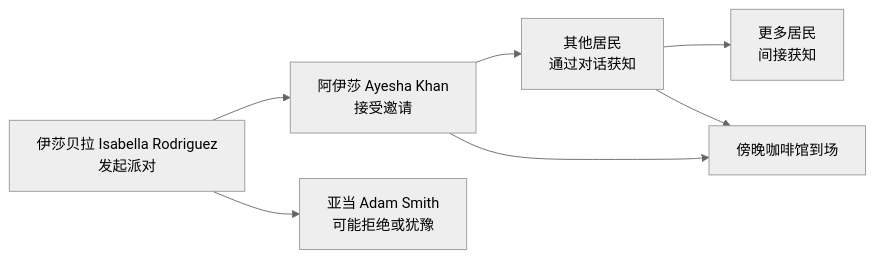
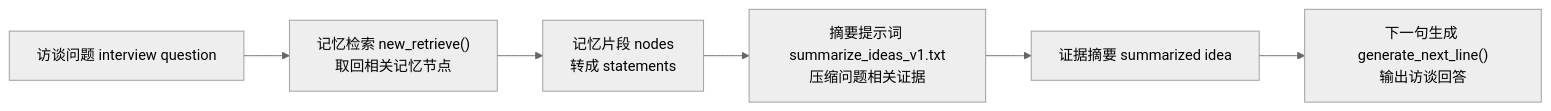
The third of 3 diagrams in docs/book/manuscript/part_01/chapter_11.md (tbkken/GenerativeAgentsCN), drawn with Mermaid (neutral theme) before and after one commit. The commit also changed other lines of this file and 16 other files, not shown here.

````diff
--- a/docs/book/manuscript/part_01/chapter_11.md
+++ b/docs/book/manuscript/part_01/chapter_11.md
@@ -440,9 +120,8 @@
 ```mermaid
 flowchart LR
-    Isabella["伊莎贝拉 Isabella Rodriguez<br/>发起派对"] --> Ayesha["阿伊莎 Ayesha Khan<br/>接受邀请"]
-    Isabella --> Adam["亚当 Adam Smith<br/>可能拒绝或犹豫"]
-    Ayesha --> Friend1["其他居民<br/>通过对话获知"]
-    Friend1 --> Friend2["更多居民<br/>间接获知"]
-    Ayesha --> Cafe["傍晚咖啡馆到场"]
-    Friend1 --> Cafe
+    Q["访谈问题 interview question"] --> R["记忆检索 new_retrieve()<br/>取回相关记忆节点"]
+    R --> N["记忆片段 nodes<br/>转成 statements"]
+    N --> P["摘要提示词 summarize_ideas_v1.txt<br/>压缩问题相关证据"]
+    P --> S["证据摘要 summarized idea"]
+    S --> A["下一句生成 generate_next_line()<br/>输出访谈回答"]
 ```
````
